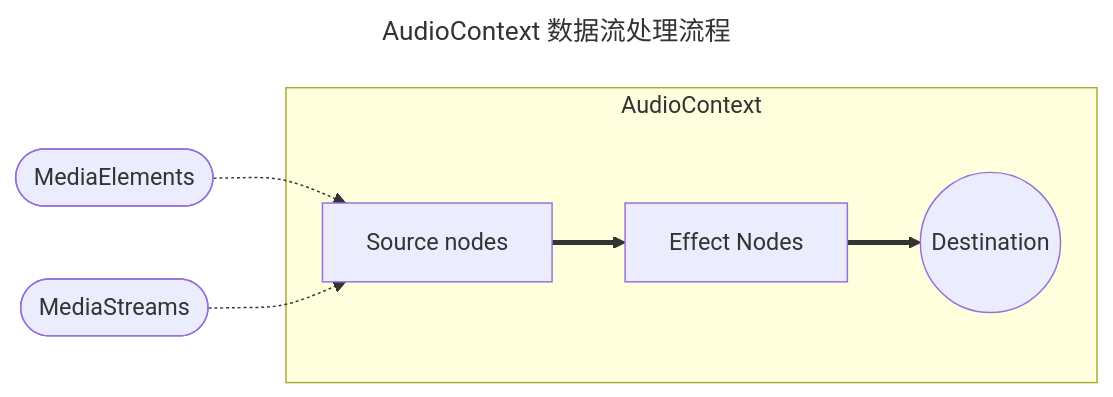
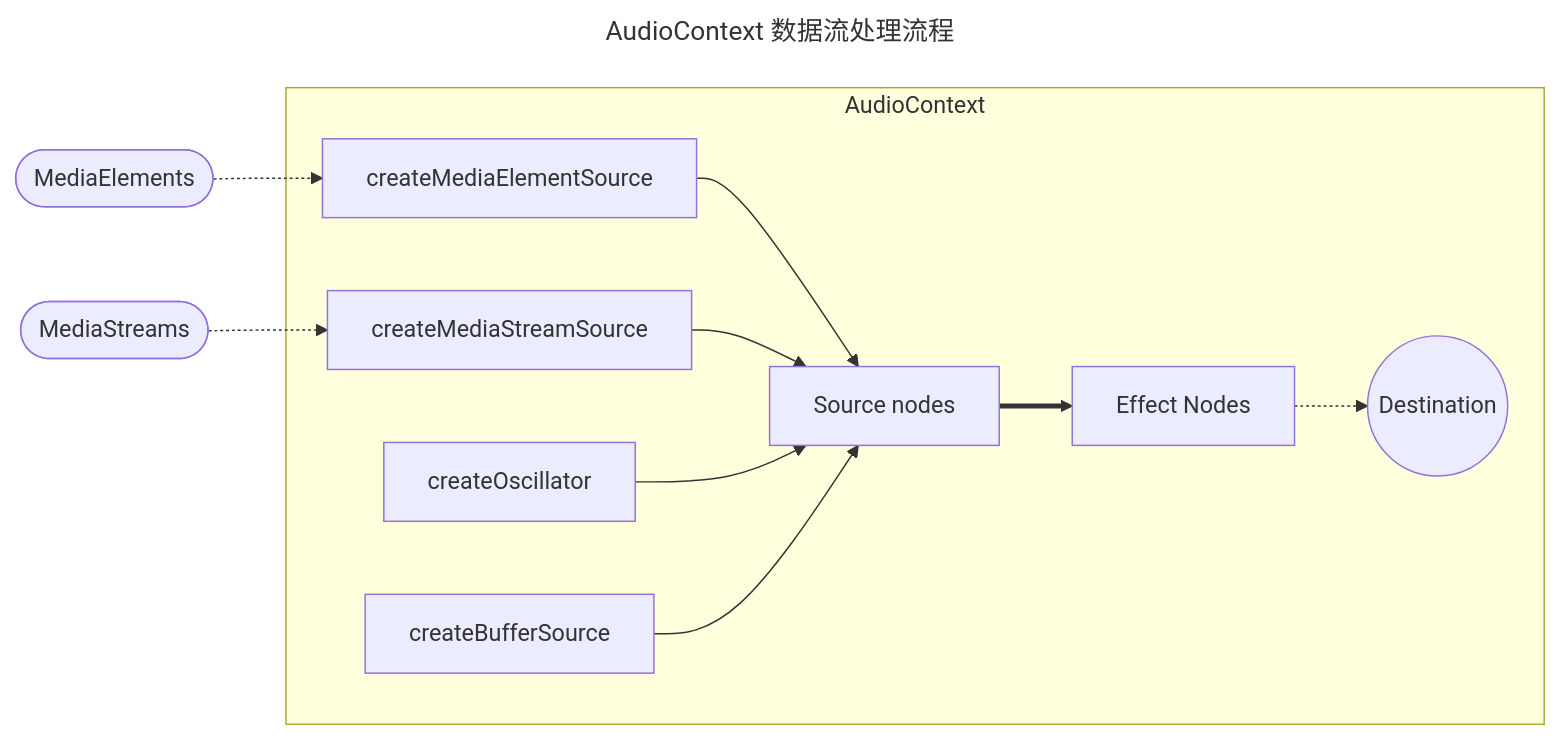
The third of 5 diagrams in notes/blogs/web_media/audio_api.md (superAlibi/notes), drawn with Mermaid before and after one commit. The commit also changed other lines of this file, not shown here.

````diff
--- a/notes/blogs/web_media/audio_api.md
+++ b/notes/blogs/web_media/audio_api.md
@@ -249,12 +274,17 @@
 ```mermaid
 ---
 title: AudioContext 数据流处理流程
 ---
 graph LR
-  mediaElement([MediaElements])-.->source
-  mediaStream([MediaStreams])-.->source
+
+  mediaElement([MediaElements])-.->createMediaElementSource
+  mediaStream([MediaStreams])-.->createMediaStreamSource
   subgraph AudioContext
+    createMediaElementSource[createMediaElementSource]-->source
+    createMediaStreamSource[createMediaStreamSource]-->source
+    createOscillator-->source
+    createBufferSource-->source
     source[Source nodes]==>effect[Effect Nodes]
-    effect==>destination((Destination))
+    effect-.->destination((Destination))
   end
 ```
````
